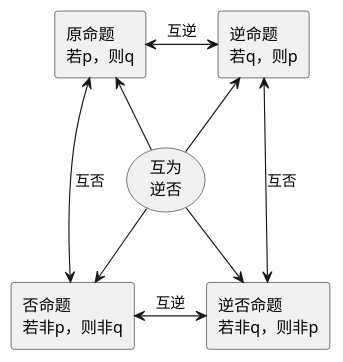
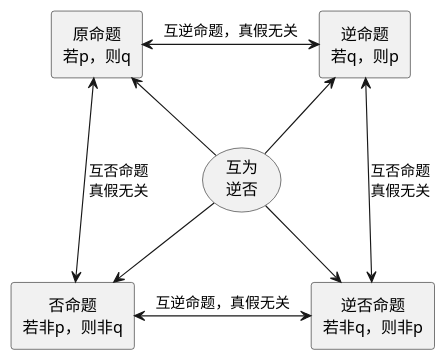
The fifth of 5 diagrams in source/_posts/logic/logic.md (holmofy/blog.hufeifei.cn), drawn with PlantUML before and after one commit.

````diff
--- a/source/_posts/logic/logic.md
+++ b/source/_posts/logic/logic.md
@@ -114,14 +114,19 @@
 ```plantuml
 @startuml
 skinparam componentStyle rectangle
+<style>
+component{
+HorizontalAlignment center
+}
+</style>
 
-[原命题\n若p，则q] <-right-> [逆命题\n若q，则p]:互逆
+[原命题\n若p，则q] <-right-> [逆命题\n若q，则p]:互逆命题，真假无关
 [原命题\n若p，则q] <-- (互为\n逆否)
 (互为\n逆否) --> [逆否命题\n若非q，则非p]
 [逆命题\n若q，则p] <-- (互为\n逆否)
 (互为\n逆否) --> [否命题\n若非p，则非q]
-[否命题\n若非p，则非q] <-right-> [逆否命题\n若非q，则非p]:互逆
-[原命题\n若p，则q] <-down-> [否命题\n若非p，则非q]:互否
-[逆命题\n若q，则p] <-down-> [逆否命题\n若非q，则非p]:互否
+[否命题\n若非p，则非q] <-right-> [逆否命题\n若非q，则非p]:互逆命题，真假无关
+[原命题\n若p，则q] <-down-> [否命题\n若非p，则非q]:互否命题\n真假无关
+[逆命题\n若q，则p] <-down-> [逆否命题\n若非q，则非p]:互否命题\n真假无关
 @enduml
 ```
````
